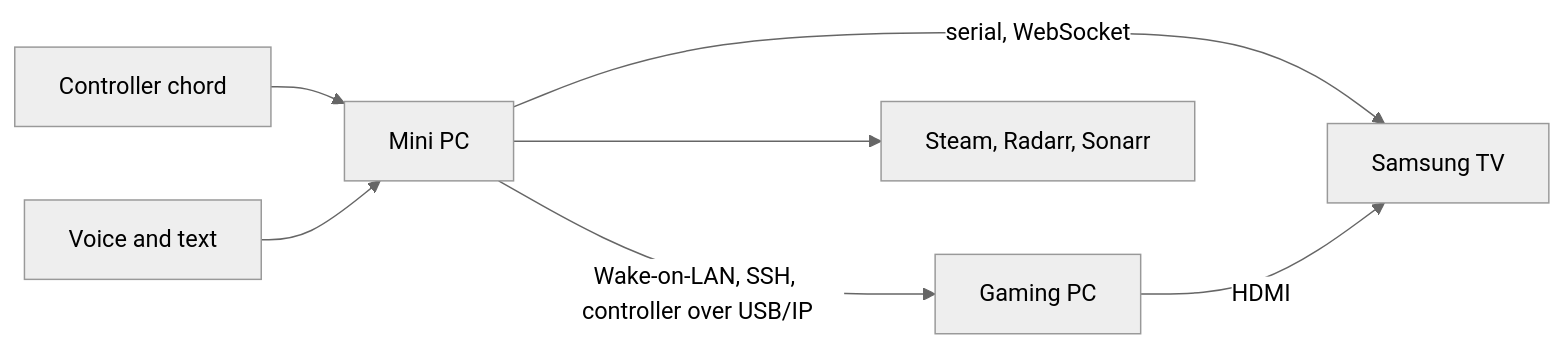
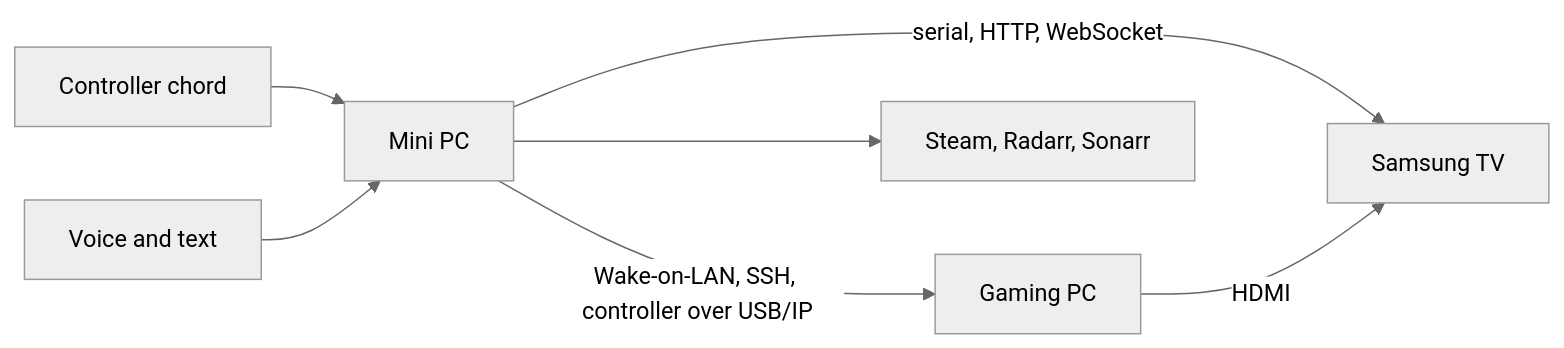
The diagram in README.md (trillville/slopstation), drawn with Mermaid (neutral theme) before and after one commit. The commit also changed other lines of this file and 10 other files, not shown here.

````diff
--- a/README.md
+++ b/README.md
@@ -18,9 +18,9 @@
 ```mermaid
 flowchart LR
     chord[Controller chord] --> mini[Mini PC]
     voice[Voice and text] --> mini
-    mini -->|serial, WebSocket| tv[Samsung TV]
+    mini -->|serial, HTTP, WebSocket| tv[Samsung TV]
     mini -->|Wake-on-LAN, SSH, controller over USB/IP| pc[Gaming PC]
     pc -->|HDMI| tv
     mini --> media[Steam, Radarr, Sonarr]
 ```
````
